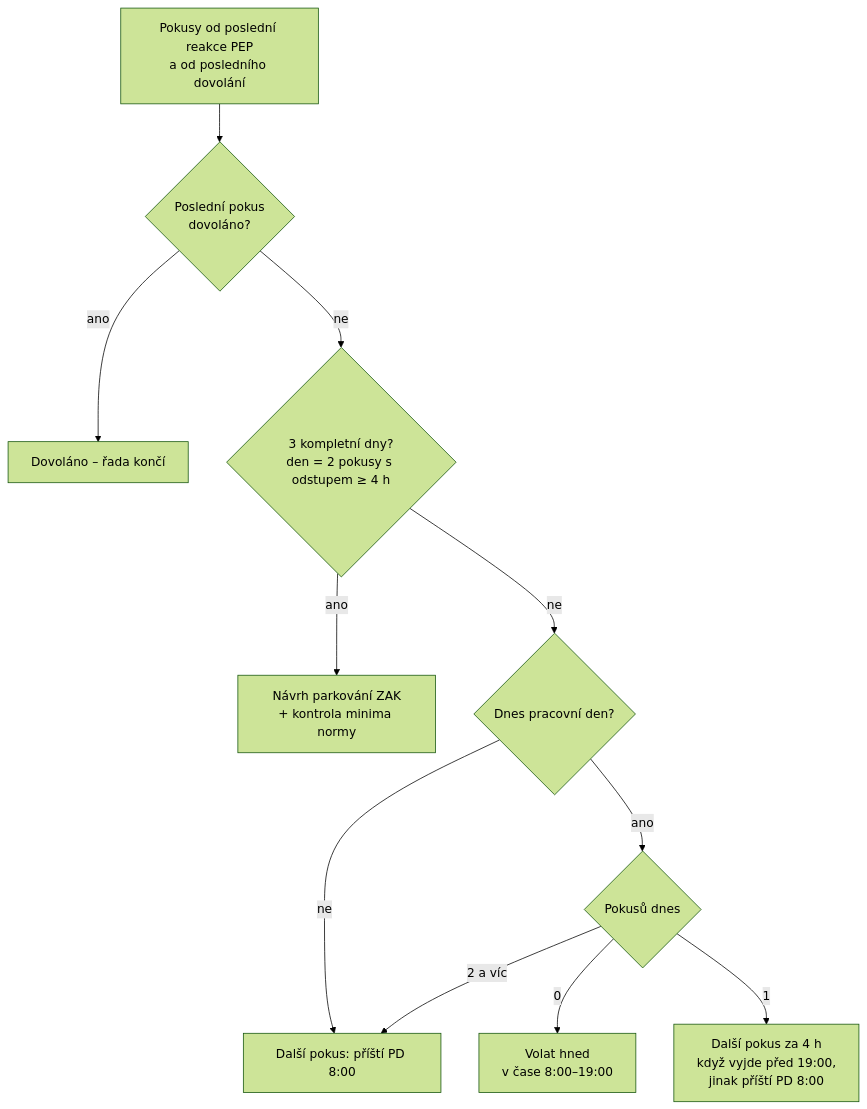
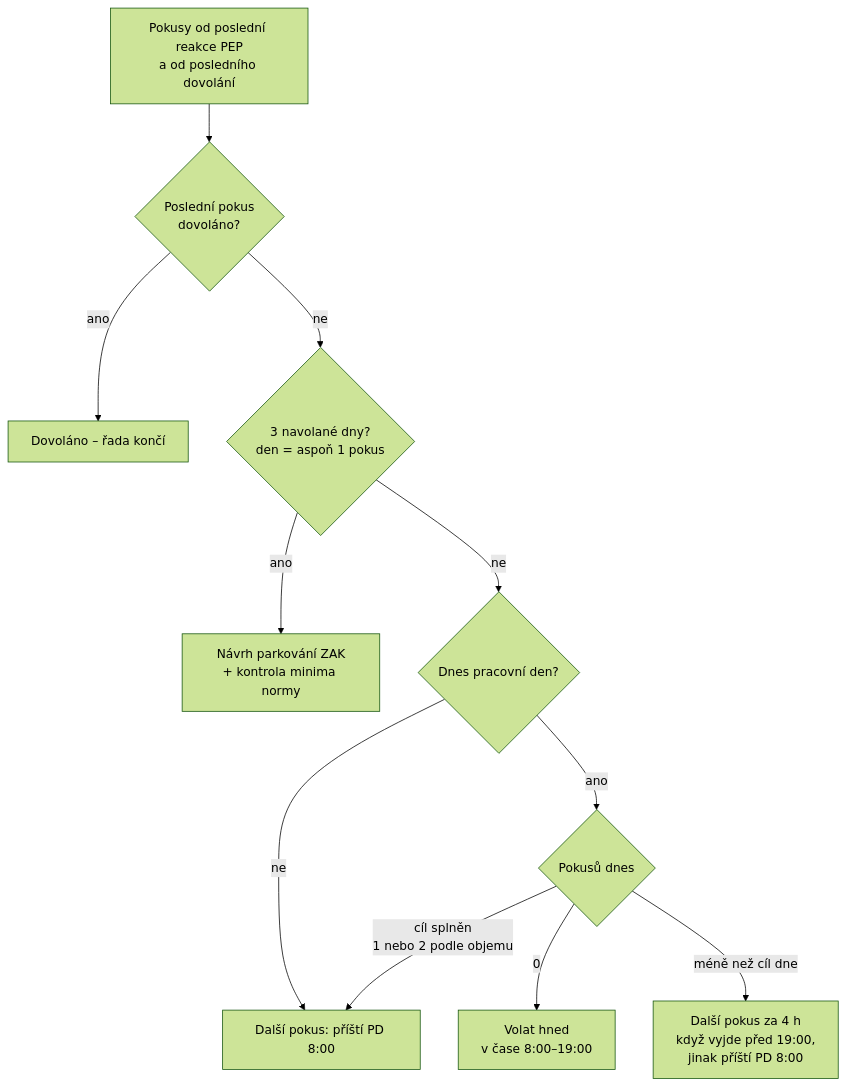
The third of 6 diagrams in docs/workflow.md (ICTMount/appkoo), drawn with Mermaid (forest theme) before and after one commit. The commit also changed other lines of this file and 9 other files, not shown here.

````diff
--- a/docs/workflow.md
+++ b/docs/workflow.md
@@ -67,13 +69,13 @@
 ```mermaid
 flowchart TD
   S[Pokusy od poslední reakce PEP<br/>a od posledního dovolání] --> D{Poslední pokus<br/>dovoláno?}
   D -->|ano| OK[Dovoláno – řada končí]
-  D -->|ne| K{3 kompletní dny?<br/>den = 2 pokusy s odstupem ≥ 4 h}
+  D -->|ne| K{3 navolané dny?<br/>den = aspoň 1 pokus}
   K -->|ano| ZAK[Návrh parkování ZAK<br/>+ kontrola minima normy]
   K -->|ne| W{Dnes pracovní den?}
   W -->|ne| N1[Další pokus: příští PD 8:00]
   W -->|ano| C{Pokusů dnes}
   C -->|0| N2[Volat hned<br/>v čase 8:00–19:00]
-  C -->|1| N3[Další pokus za 4 h<br/>když vyjde před 19:00,<br/>jinak příští PD 8:00]
-  C -->|2 a víc| N1
+  C -->|méně než cíl dne| N3[Další pokus za 4 h<br/>když vyjde před 19:00,<br/>jinak příští PD 8:00]
+  C -->|cíl splněn<br/>1 nebo 2 podle objemu| N1
 ```
````
